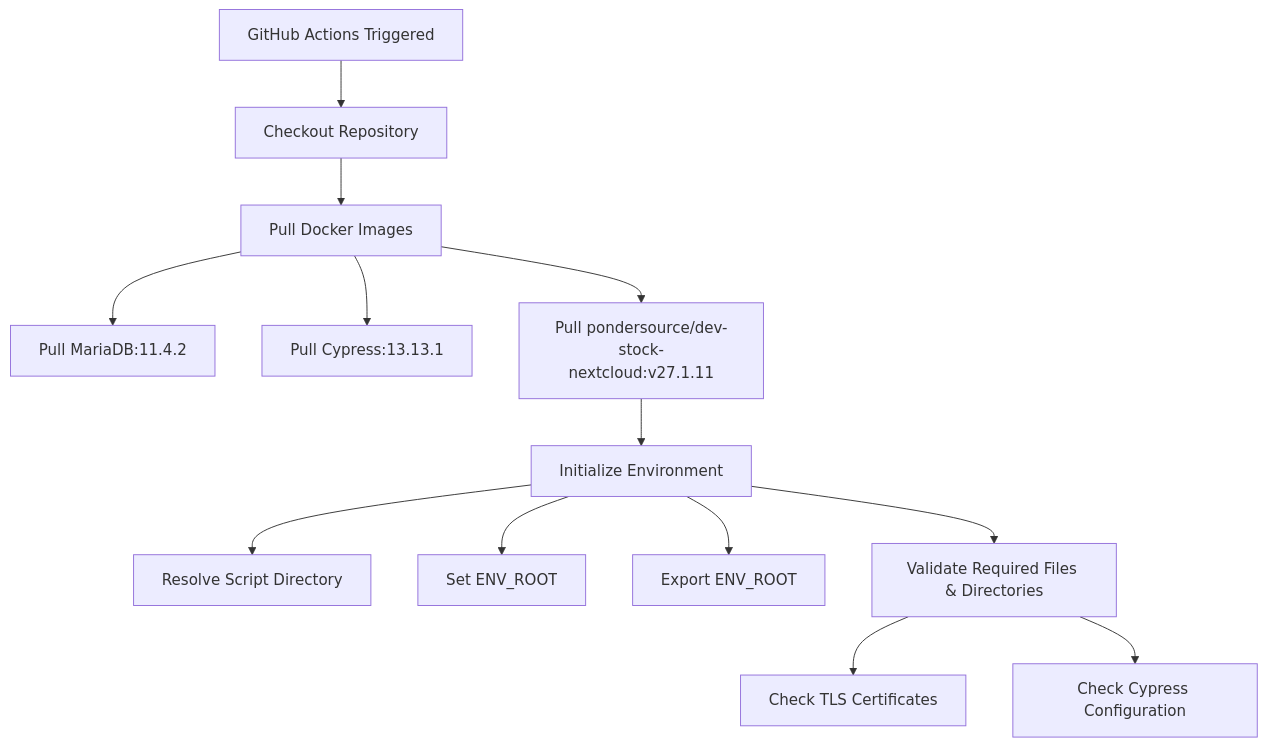
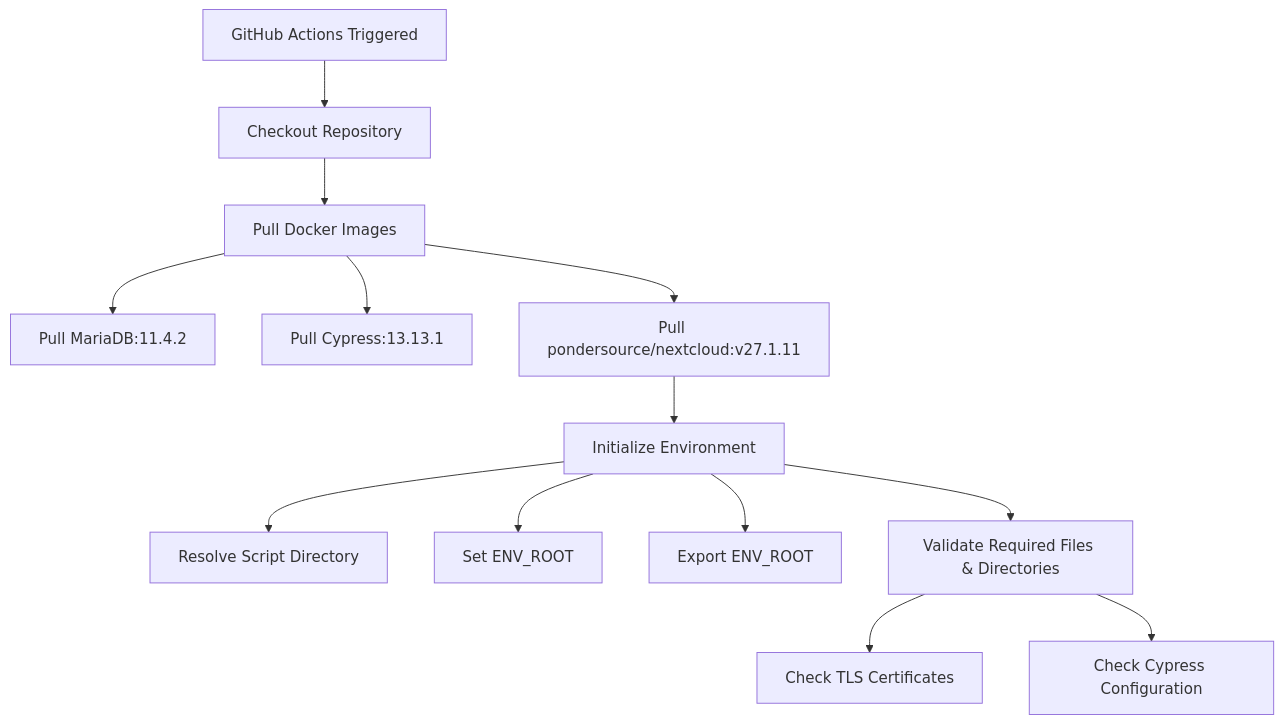
Before and after one commit to pondersource/dev-stock: the first of 6 diagrams in README.md, drawn with Mermaid. The commit also changed other lines of this file and 48 other files, not shown here.

````diff
--- a/README.md
+++ b/README.md
@@ -385,22 +385,22 @@
 ```mermaid
 flowchart TD
     %% Start of the workflow
     A[GitHub Actions Triggered] --> B[Checkout Repository]
 
     %% Pull Docker Images
     B --> C[Pull Docker Images]
     C --> C1[Pull MariaDB:11.4.2]
     C --> C2[Pull Cypress:13.13.1]
-    C --> C3[Pull pondersource/dev-stock-nextcloud:v27.1.11]
+    C --> C3[Pull pondersource/nextcloud:v27.1.11]
 
     %% Initialize Environment
     C3 --> D[Initialize Environment]
     D --> D1[Resolve Script Directory]
     D --> D2[Set ENV_ROOT]
     D --> D3[Export ENV_ROOT]
 
     %% Validate Files and Directories
     D --> E[Validate Required Files & Directories]
     E --> E1[Check TLS Certificates]
     E --> E2[Check Cypress Configuration]
 ```
````
